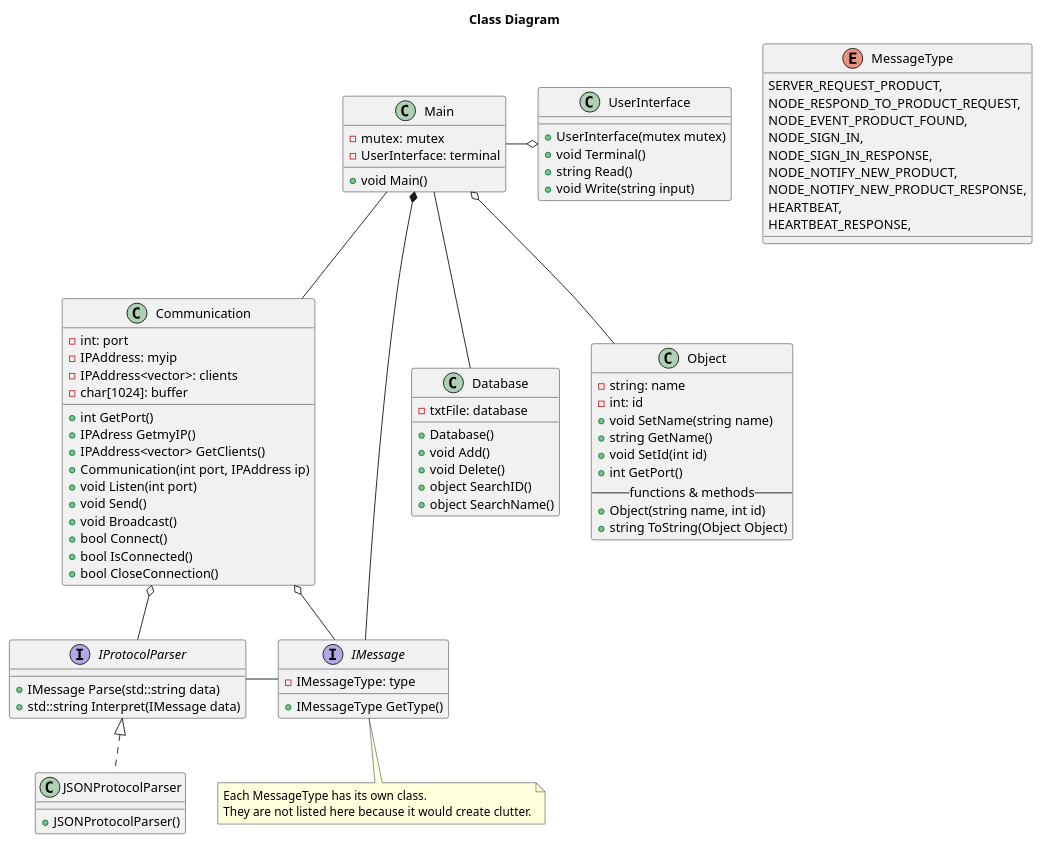
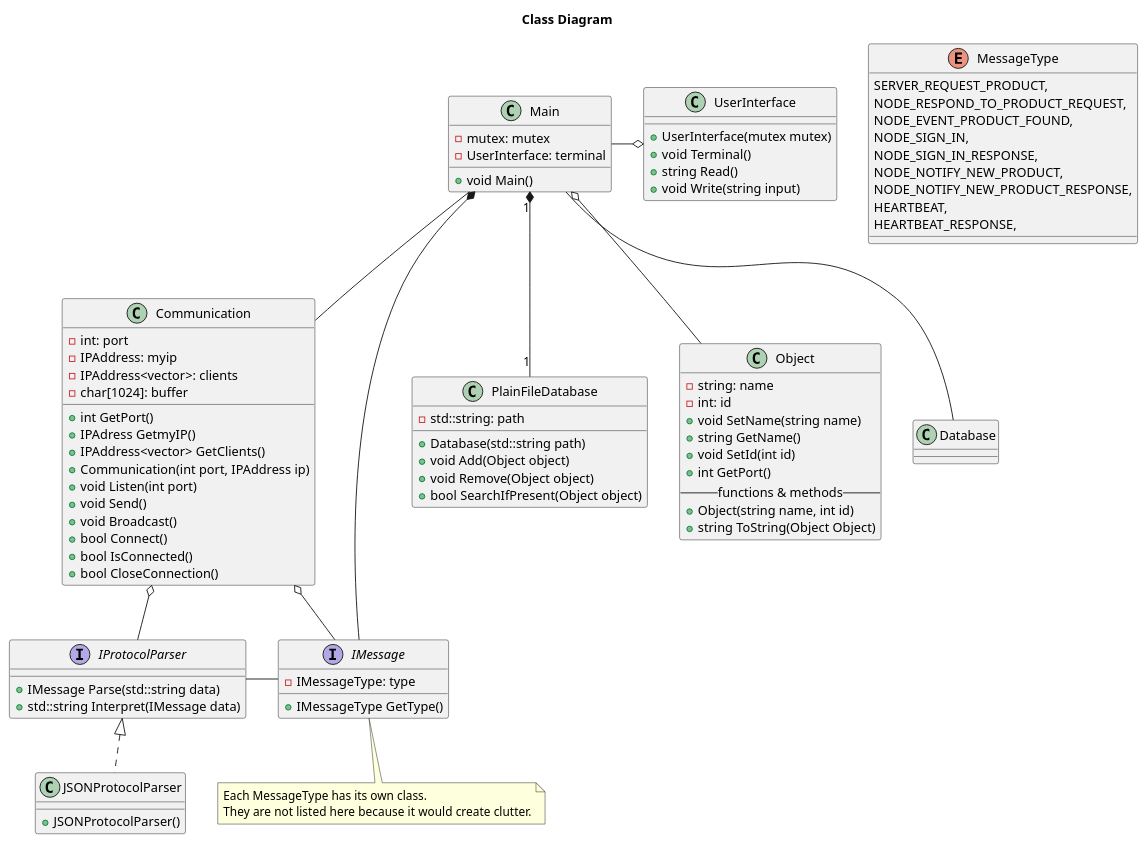
The diagram in Designs/Server Design/Design.wsd (T3-FindIt/FindIt), drawn with PlantUML before and after one commit.

Commit message:
Finalized Database class

```diff
--- a/Designs/Server Design/Design.wsd
+++ b/Designs/Server Design/Design.wsd
@@ -1,134 +1,128 @@
 @startuml ClassDiagram
 Title Class Diagram
 
 ' websocket code in github
 Class Communication
 {
     ' client class/struct maken?
     {field} - int: port
     {field} - IPAddress: myip
     {field} - IPAddress<vector>: clients
     {field} - char[1024]: buffer
     ' change char array to string?
     ' {method} + void SetPort(int port)
     {method} + int GetPort()
     ' {method} + void setIP(IPAdress IP)
     {method} + IPAdress GetmyIP()
     {method} + IPAddress<vector> GetClients()
     {method} + Communication(int port, IPAddress ip)
     {method} + void Listen(int port)
     {method} + void Send()
     {method} + void Broadcast()
     {method} + bool Connect()
     {method} + bool IsConnected()
     {method} + bool CloseConnection()
 }
 
-Class Database
+Class PlainFileDatabase
 {
-    ' change txtFile
-    {field} - txtFile: database
-    {method} + Database()
-    {method} + void Add()
-    {method} + void Delete()
-    {method} + object SearchID()
-    {method} + object SearchName()
-    ' {method} + void Searchtype()
+    {field} - std::string: path
+    {method} + Database(std::string path)
+    {method} + void Add(Object object)
+    {method} + void Remove(Object object)
+    {method} + bool SearchIfPresent(Object object)
 }
 
-' enum with types, or a simple string?
-' struct instead of class?
 Class Object
 {
     {field} - string: name
     {field} - int: id
     ' {field} - string type
     {method} + void SetName(string name)
     {method} + string GetName()
     {method} + void SetId(int id)
     {method} + int GetPort()
     ' {method} + void SetType(string type)
     ' {method} + string GetType()
     -- functions & methods --
     {method} + Object(string name, int id)
     {method} + string ToString(Object Object)
 }
 
 enum MessageType
 {
     SERVER_REQUEST_PRODUCT,
     NODE_RESPOND_TO_PRODUCT_REQUEST,
     NODE_EVENT_PRODUCT_FOUND,
     NODE_SIGN_IN,
     NODE_SIGN_IN_RESPONSE,
     NODE_NOTIFY_NEW_PRODUCT,
     NODE_NOTIFY_NEW_PRODUCT_RESPONSE,
     HEARTBEAT,
     HEARTBEAT_RESPONSE,
 }
 
 interface IMessage
 {
     {field} - IMessageType: type
     {method} + IMessageType GetType()
 }
 
 note bottom of IMessage
 Each MessageType has its own class.
 They are not listed here because it would create clutter.
 end note
 
 interface IProtocolParser
 {
     {method} + IMessage Parse(std::string data)
     {method} + std::string Interpret(IMessage data)
 }
 
 Class JSONProtocolParser
 {
     {method} + JSONProtocolParser()
 }
 
 Class UserInterface
 {
     {method} + UserInterface(mutex mutex)
     {method} + void Terminal()
     {method} + string Read()
     {method} + void Write(string input)
 }
 
 Class Main
 {
     {field} - mutex: mutex
     {field} - UserInterface: terminal
     {method} + void Main()
 }
 
-' note left of JsonBuilder : Implementatie wordt geleverd door de\nArduinoJson Library
-' note top of JsonBuilder : Kijk naar gebruik van pointers
+Main "1" *-- "1" PlainFileDatabase
 
 ' EMPTY CLASSES
 ' END OF EMPYY CLASSES
 
 Main -o UserInterface
 Main o-- Object
 Main -- Database
 Main -- Communication
 Main *-- IMessage
 Communication o-- IMessage
 IProtocolParser <|.. JSONProtocolParser
 IProtocolParser - IMessage
 Communication o-- IProtocolParser
 
 ' Controller "1" o-- "1" WiFiHandler
 ' Controller "1" o-- "1" IMasterSlave
 ' Controller "1" o-- "1" JsonBuilder
 ' Controller "1" o-down- "1" IDipSwitch
 ' Controller "1" o-- "1" WebSocketHandler
 
 ' WiFiHandler "1" o-- "1" WiFiData
 ' WebSocketHandler "1" o-- "1" WebsocketData
 
 ' See if we should separate WebSocket & WiFi
 ' object opslaan als JSON objecten?
 @enduml
```
